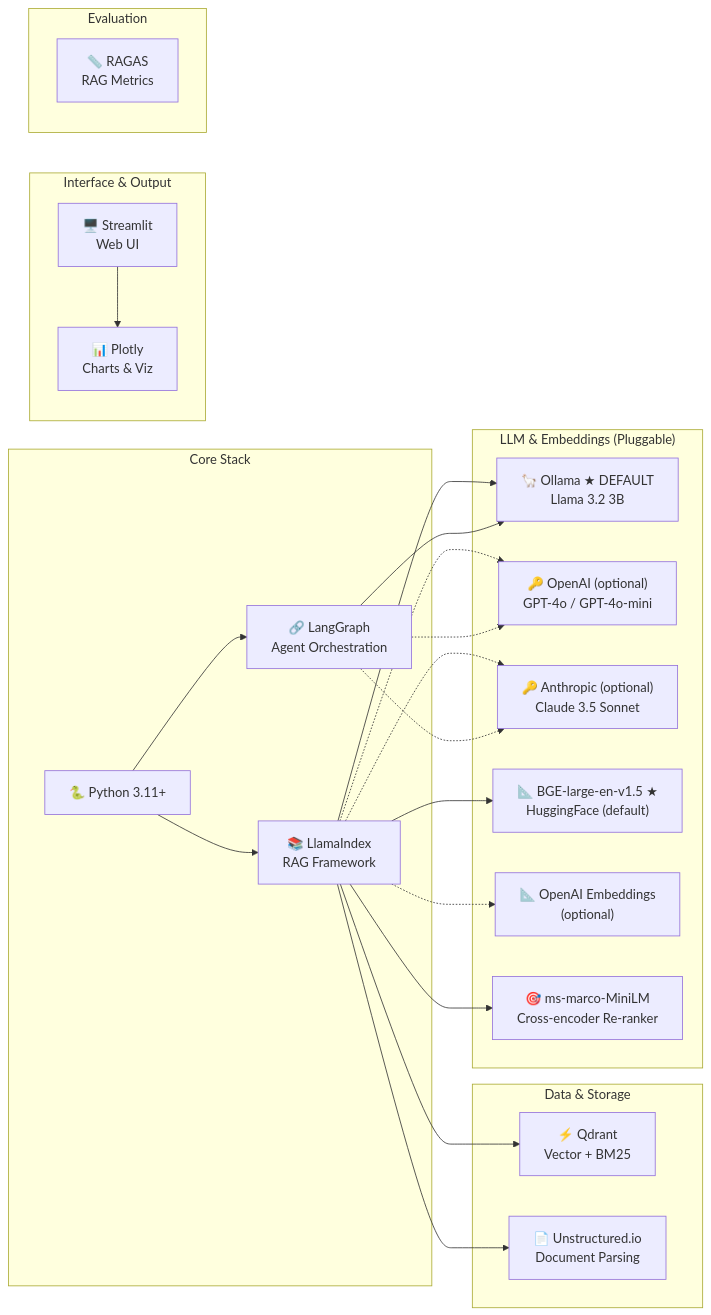
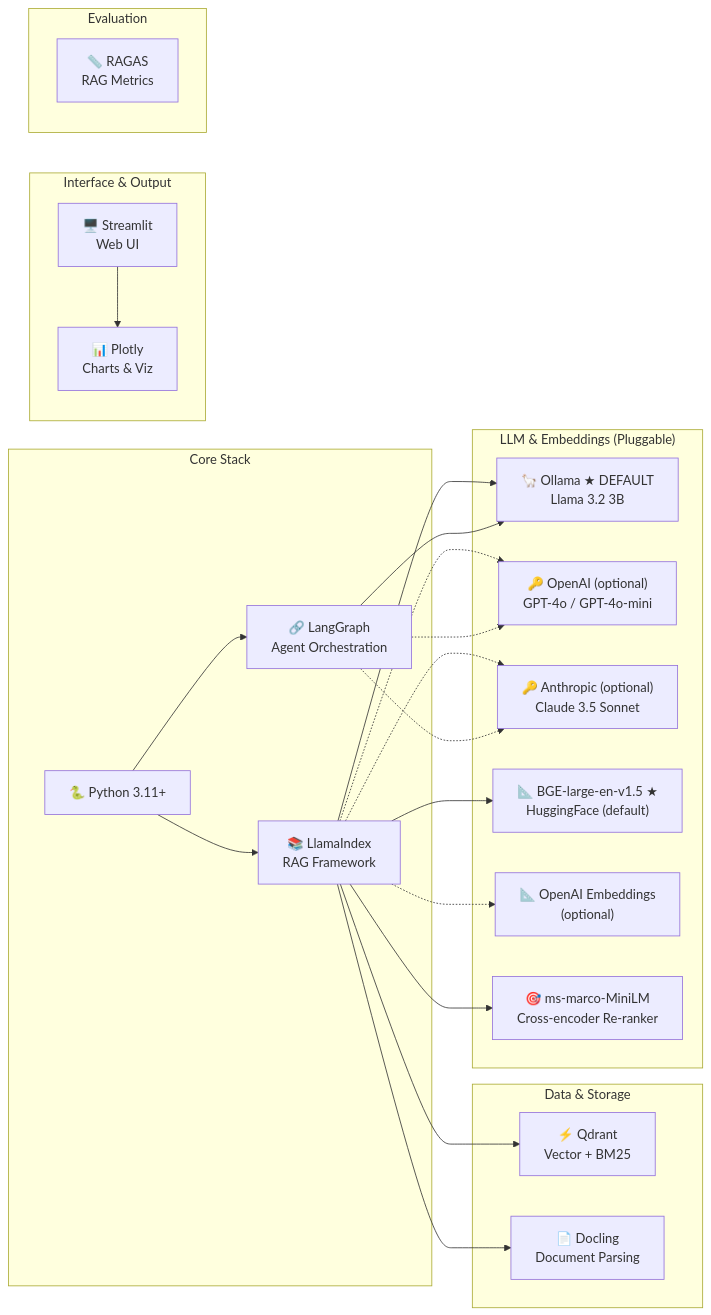
One commit to Anuj-cs20/ai-leadership-agent changed diagram 14 of 15 in README.md. Above: the diagram before and after it, drawn with Mermaid. The commit also changed other lines of this file and 38 other files, not shown here.

````diff
--- a/README.md
+++ b/README.md
@@ -885,39 +893,39 @@
 ```mermaid
 graph LR
     subgraph CORE["Core Stack"]
         PY["🐍 Python 3.11+"]
         LI["📚 LlamaIndex<br/>RAG Framework"]
         LG["🔗 LangGraph<br/>Agent Orchestration"]
     end
 
     subgraph LLM["LLM & Embeddings (Pluggable)"]
         OL["🦙 Ollama ★ DEFAULT<br/>Llama 3.2 3B"]
         OAI["🔑 OpenAI (optional)<br/>GPT-4o / GPT-4o-mini"]
         ANT["🔑 Anthropic (optional)<br/>Claude 3.5 Sonnet"]
         BGE["📐 BGE-large-en-v1.5 ★<br/>HuggingFace (default)"]
         OEM["📐 OpenAI Embeddings<br/>(optional)"]
         CE["🎯 ms-marco-MiniLM<br/>Cross-encoder Re-ranker"]
     end
 
     subgraph DATA["Data & Storage"]
         QD["⚡ Qdrant<br/>Vector + BM25"]
-        UN["📄 Unstructured.io<br/>Document Parsing"]
+        UN["📄 Docling<br/>Document Parsing"]
     end
 
     subgraph UI_STACK["Interface & Output"]
         ST["🖥️ Streamlit<br/>Web UI"]
         PL["📊 Plotly<br/>Charts & Viz"]
     end
 
     subgraph EVAL["Evaluation"]
         RA["📏 RAGAS<br/>RAG Metrics"]
     end
 
     PY --> LI & LG
     LI --> OL & BGE & QD & UN
     LI -.-> OAI & ANT & OEM
     LG --> OL
     LG -.-> OAI & ANT
     LI --> CE
     ST --> PL
 ```
````
